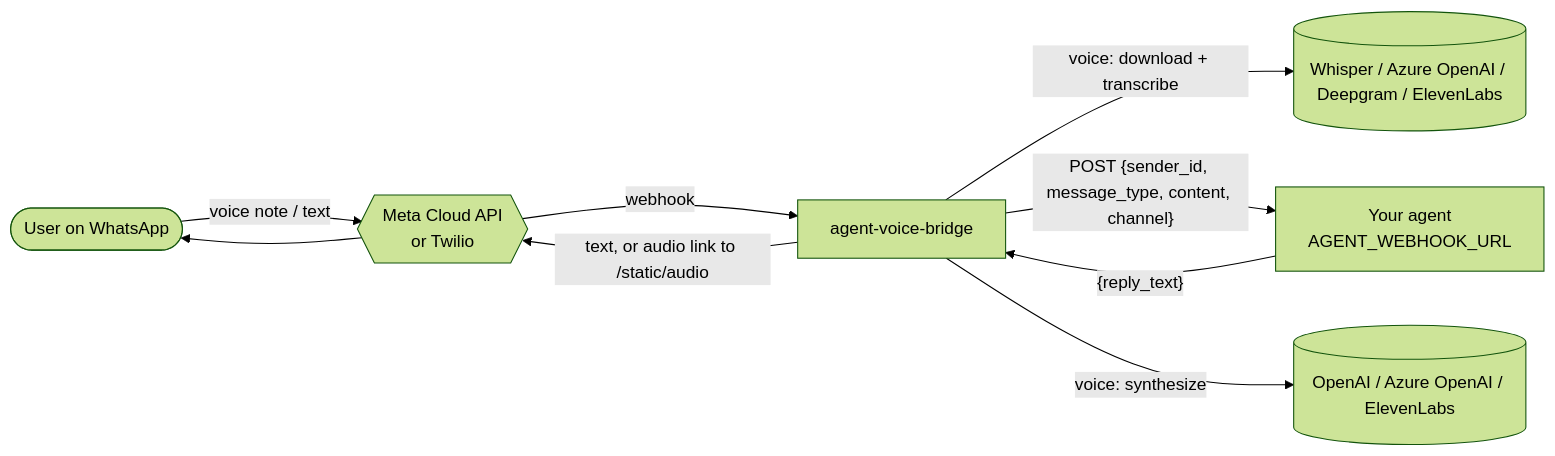
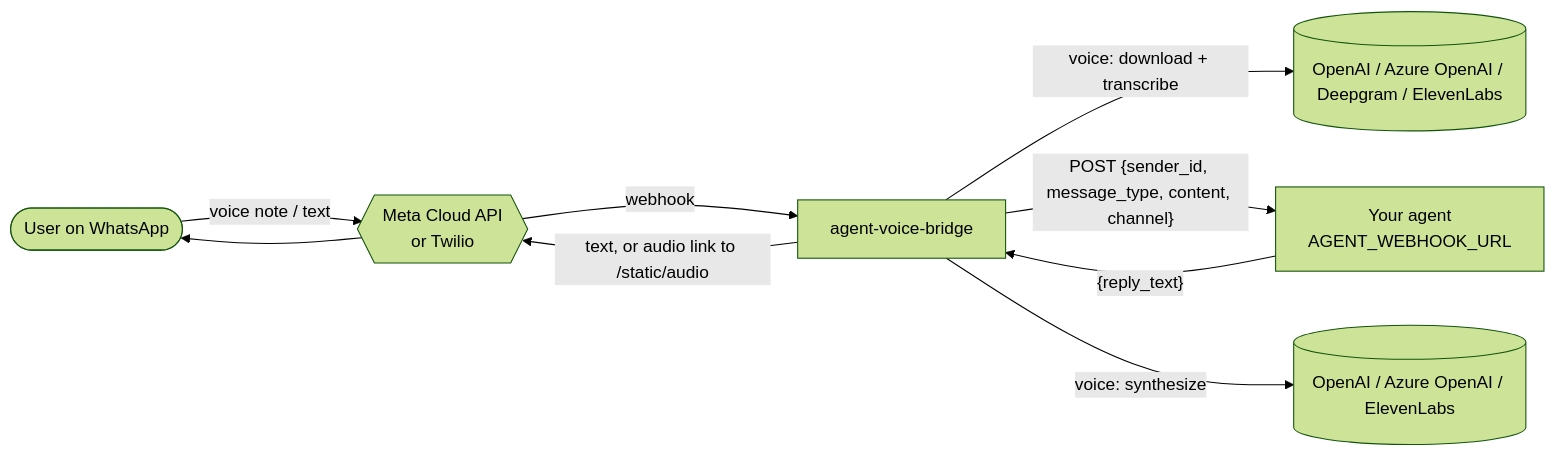
One commit to denegra-ai/agent-voice-bridge changed the diagram in README.md. Above: the diagram before and after it, drawn with Mermaid (forest theme). The commit also changed other lines of this file and 9 other files, not shown here.

````diff
--- a/README.md
+++ b/README.md
@@ -29,11 +29,11 @@
 ```mermaid
 flowchart LR
     U([User on WhatsApp]) -- voice note / text --> P{{Meta Cloud API<br/>or Twilio}}
     P -- webhook --> B[agent-voice-bridge]
-    B -- "voice: download + transcribe" --> STT[(Whisper / Azure OpenAI / Deepgram / ElevenLabs)]
+    B -- "voice: download + transcribe" --> STT[(OpenAI / Azure OpenAI / Deepgram / ElevenLabs)]
     B -- "POST {sender_id, message_type, content, channel}" --> A[Your agent<br/>AGENT_WEBHOOK_URL]
     A -- "{reply_text}" --> B
     B -- "voice: synthesize" --> TTS[(OpenAI / Azure OpenAI / ElevenLabs)]
     B -- "text, or audio link to /static/audio" --> P
     P --> U
 ```
````
